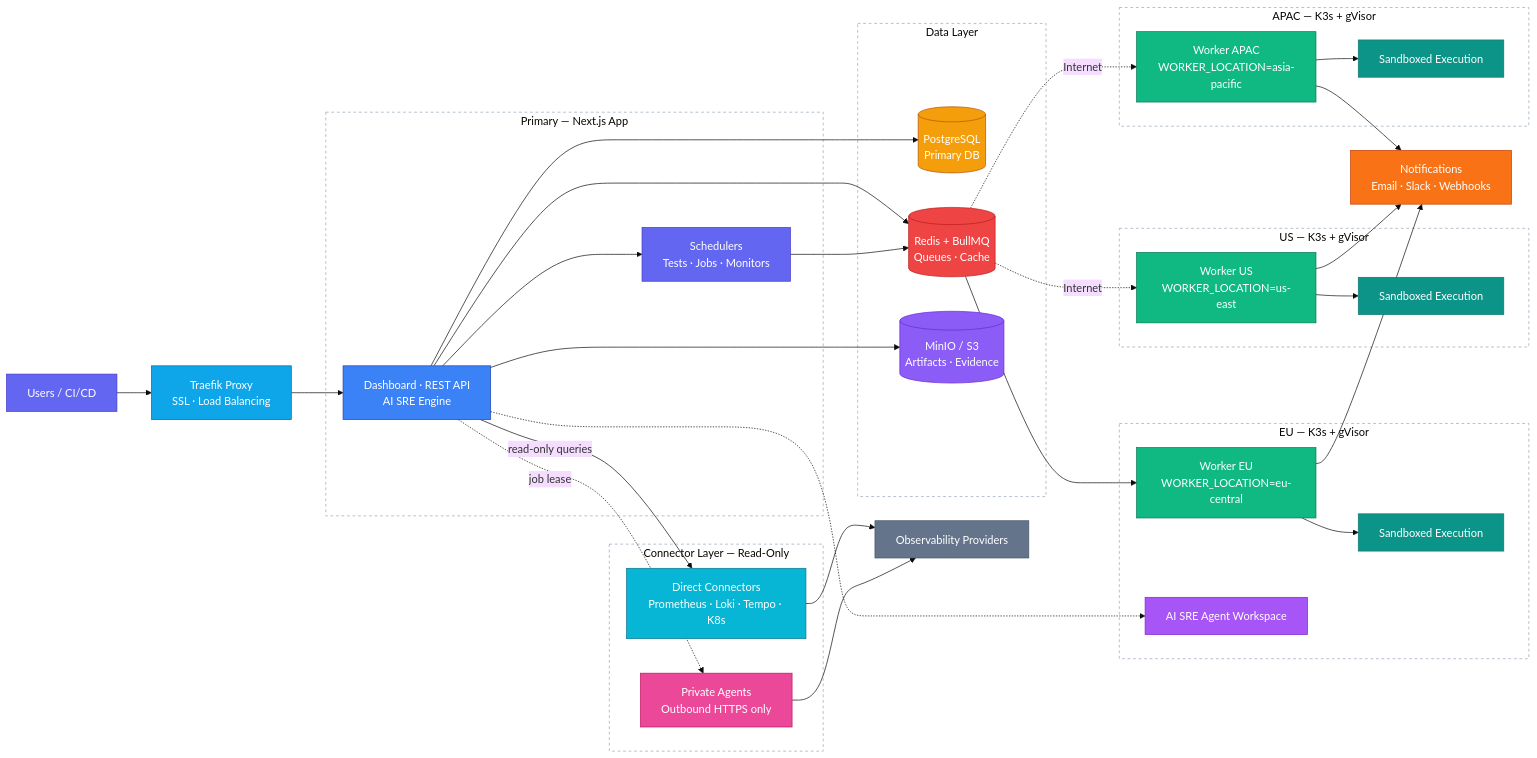
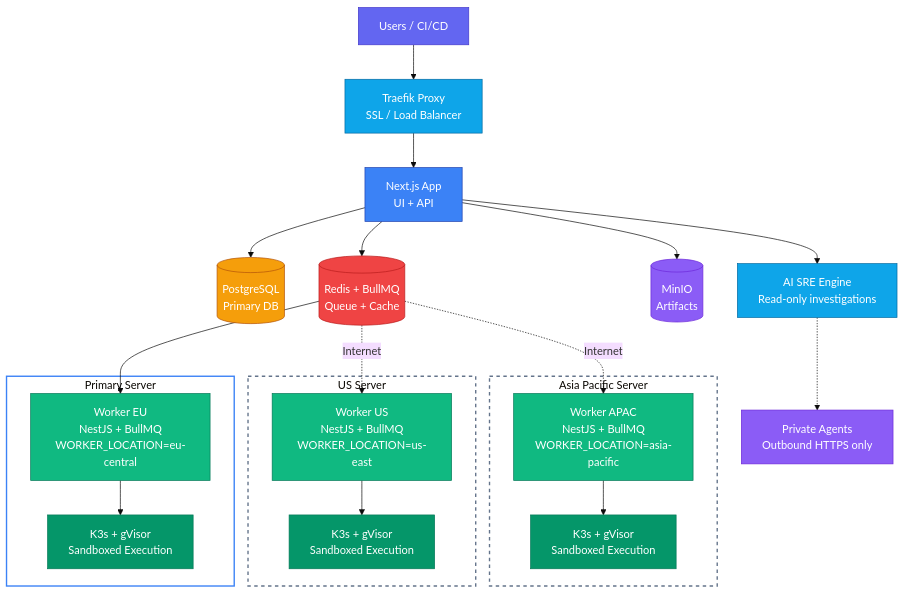
The diagram in README.md (supercheck-io/supercheck), drawn with Mermaid (base theme) before and after one commit. The commit also changed 3 other files, not shown here.

First line of the commit message:
docs: restore simple architecture diagram and remove diagram scrolling

````diff
--- a/README.md
+++ b/README.md
@@ -99,85 +99,42 @@
 ```mermaid
-flowchart LR
-    Users["Users / CI/CD"] --> Traefik["Traefik Proxy<br/>SSL · Load Balancing"]
+flowchart TB
+    Users[Users / CI/CD] --> T[Traefik Proxy<br/>SSL / Load Balancer]
+    T --> App[Next.js App<br/>UI + API]
+    App --> DB[(PostgreSQL<br/>Primary DB)] & Redis[(Redis + BullMQ<br/>Queue + Cache)] & S3[(MinIO<br/>Artifacts)]
+    App --> SRE[AI SRE Engine<br/>Read-only investigations]
+    SRE -.-> Private[Private Agents<br/>Outbound HTTPS only]
 
-    subgraph APP["Primary — Next.js App"]
-        Dashboard["Dashboard · REST API<br/>AI SRE Engine"]
-        Scheduler["Schedulers<br/>Tests · Jobs · Monitors"]
-    end
-
-    subgraph DATA["Data Layer"]
-        Postgres[("PostgreSQL<br/>Primary DB")]
-        Redis[("Redis + BullMQ<br/>Queues · Cache")]
-        Storage[("MinIO / S3<br/>Artifacts · Evidence")]
-    end
-
-    subgraph EXEC_EU["EU — K3s + gVisor"]
-        W_EU["Worker EU<br/>WORKER_LOCATION=eu-central"]
-        K3S_EU["Sandboxed Execution"]
-        AgentWS["AI SRE Agent Workspace"]
-        W_EU --> K3S_EU
-    end
-
-    subgraph EXEC_US["US — K3s + gVisor"]
-        W_US["Worker US<br/>WORKER_LOCATION=us-east"]
-        K3S_US["Sandboxed Execution"]
-        W_US --> K3S_US
-    end
-
-    subgraph EXEC_APAC["APAC — K3s + gVisor"]
-        W_APAC["Worker APAC<br/>WORKER_LOCATION=asia-pacific"]
-        K3S_APAC["Sandboxed Execution"]
-        W_APAC --> K3S_APAC
-    end
-
-    subgraph CONN["Connector Layer — Read-Only"]
-        Direct["Direct Connectors<br/>Prometheus · Loki · Tempo · K8s"]
-        Private["Private Agents<br/>Outbound HTTPS only"]
-    end
-
-    Providers["Observability Providers"]
-    Notify["Notifications<br/>Email · Slack · Webhooks"]
-
-    Traefik --> Dashboard
-    Dashboard --> Scheduler
-    Dashboard --> Postgres
-    Dashboard --> Redis
-    Dashboard --> Storage
-    Scheduler --> Redis
     Redis --> W_EU
     Redis -.->|Internet| W_US
     Redis -.->|Internet| W_APAC
-    Dashboard -.-> AgentWS
-    Dashboard -->|read-only queries| Direct
-    Dashboard -.->|job lease| Private
-    Direct --> Providers
-    Private --> Providers
-    W_EU --> Notify
-    W_US --> Notify
-    W_APAC --> Notify
+
+    subgraph PRIMARY["Primary Server"]
+        W_EU[Worker EU<br/>NestJS + BullMQ<br/>WORKER_LOCATION=eu-central] --> K3S_EU[K3s + gVisor<br/>Sandboxed Execution]
+    end
+
+    subgraph US["US Server"]
+        W_US[Worker US<br/>NestJS + BullMQ<br/>WORKER_LOCATION=us-east] --> K3S_US[K3s + gVisor<br/>Sandboxed Execution]
+    end
+
+    subgraph APAC["Asia Pacific Server"]
+        W_APAC[Worker APAC<br/>NestJS + BullMQ<br/>WORKER_LOCATION=asia-pacific] --> K3S_APAC[K3s + gVisor<br/>Sandboxed Execution]
+    end
 
     style Users fill:#6366f1,stroke:#4338ca,color:#fff
-    style Traefik fill:#0ea5e9,stroke:#0369a1,color:#fff
-    style Dashboard fill:#3b82f6,stroke:#1e40af,color:#fff
-    style Scheduler fill:#6366f1,stroke:#4338ca,color:#fff
-    style Postgres fill:#f59e0b,stroke:#b45309,color:#fff
+    style T fill:#0ea5e9,stroke:#0369a1,color:#fff
+    style App fill:#3b82f6,stroke:#1e40af,color:#fff
+    style DB fill:#f59e0b,stroke:#b45309,color:#fff
     style Redis fill:#ef4444,stroke:#b91c1c,color:#fff
-    style Storage fill:#8b5cf6,stroke:#6d28d9,color:#fff
+    style S3 fill:#8b5cf6,stroke:#6d28d9,color:#fff
+    style SRE fill:#0ea5e9,stroke:#0369a1,color:#fff
+    style Private fill:#8b5cf6,stroke:#6d28d9,color:#fff
     style W_EU fill:#10b981,stroke:#047857,color:#fff
     style W_US fill:#10b981,stroke:#047857,color:#fff
     style W_APAC fill:#10b981,stroke:#047857,color:#fff
-    style K3S_EU fill:#0d9488,stroke:#0f766e,color:#fff
-    style K3S_US fill:#0d9488,stroke:#0f766e,color:#fff
-    style K3S_APAC fill:#0d9488,stroke:#0f766e,color:#fff
-    style AgentWS fill:#a855f7,stroke:#7e22ce,color:#fff
-    style Direct fill:#06b6d4,stroke:#0e7490,color:#fff
-    style Private fill:#ec4899,stroke:#be185d,color:#fff
-    style Providers fill:#64748b,stroke:#475569,color:#fff
-    style Notify fill:#f97316,stroke:#c2410c,color:#fff
-    style APP fill:none,stroke:#94a3b8,stroke-dasharray: 4 4
-    style DATA fill:none,stroke:#94a3b8,stroke-dasharray: 4 4
-    style EXEC_EU fill:none,stroke:#94a3b8,stroke-dasharray: 4 4
-    style EXEC_US fill:none,stroke:#94a3b8,stroke-dasharray: 4 4
-    style EXEC_APAC fill:none,stroke:#94a3b8,stroke-dasharray: 4 4
-    style CONN fill:none,stroke:#94a3b8,stroke-dasharray: 4 4
+    style K3S_EU fill:#059669,stroke:#047857,color:#fff
+    style K3S_US fill:#059669,stroke:#047857,color:#fff
+    style K3S_APAC fill:#059669,stroke:#047857,color:#fff
+    style PRIMARY fill:none,stroke:#3b82f6,stroke-width:2px
+    style US fill:none,stroke:#64748b,stroke-width:2px,stroke-dasharray: 5 5
+    style APAC fill:none,stroke:#64748b,stroke-width:2px,stroke-dasharray: 5 5
 ```
````
